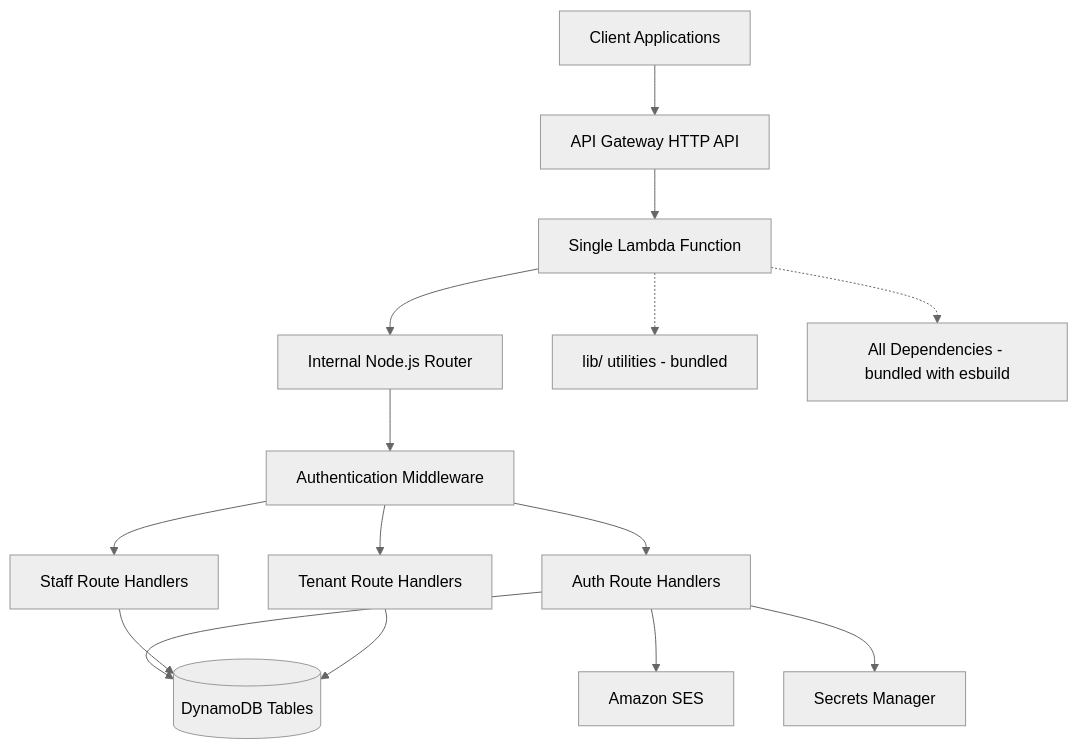
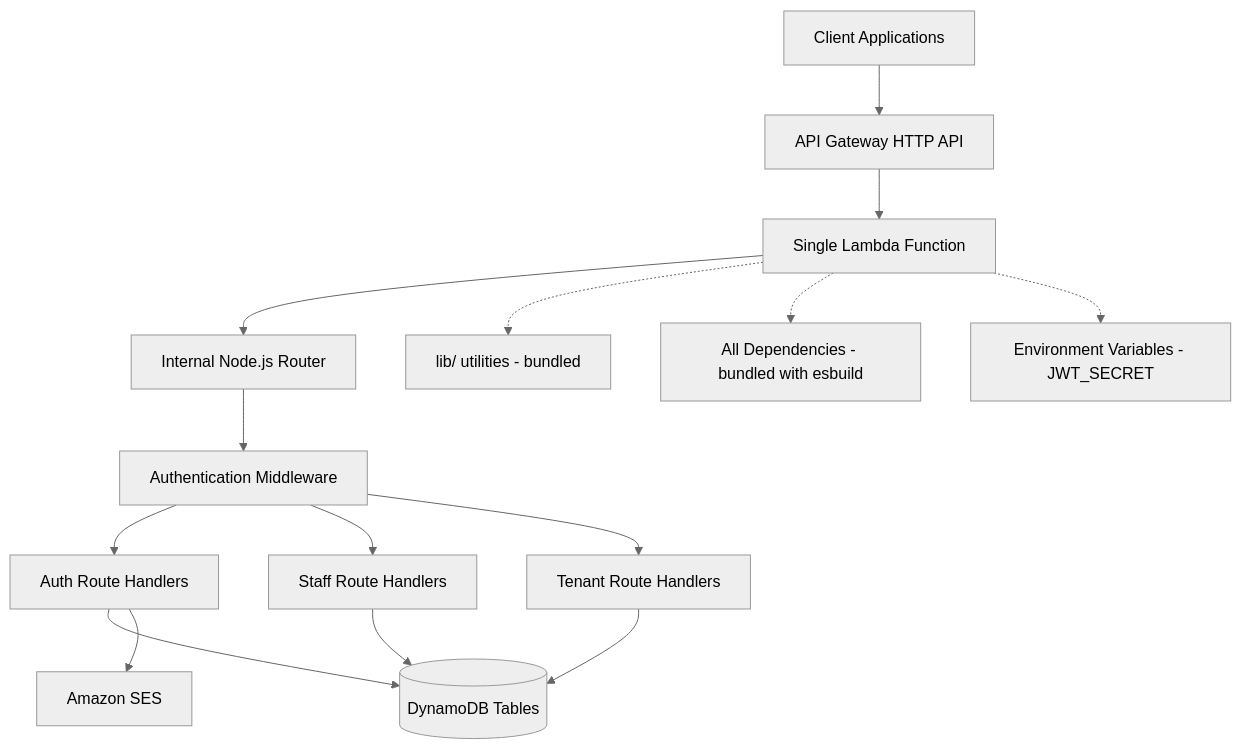
The diagram in .kiro/specs/aws-lambda-control-plane/design.md (iversion-git/onboard), drawn with Mermaid (neutral theme) before and after one commit. The commit also changed other lines of this file and 9 other files, not shown here.

````diff
--- a/.kiro/specs/aws-lambda-control-plane/design.md
+++ b/.kiro/specs/aws-lambda-control-plane/design.md
@@ -13,21 +13,21 @@
 ```mermaid
 graph TB
     Client[Client Applications] --> APIGW[API Gateway HTTP API]
     APIGW --> SingleLambda[Single Lambda Function]
     
     SingleLambda --> Router[Internal Node.js Router]
     Router --> AuthMiddleware[Authentication Middleware]
     AuthMiddleware --> AuthHandlers[Auth Route Handlers]
     AuthMiddleware --> StaffHandlers[Staff Route Handlers]
     AuthMiddleware --> TenantHandlers[Tenant Route Handlers]
     
     AuthHandlers --> DDB[(DynamoDB Tables)]
     StaffHandlers --> DDB
     TenantHandlers --> DDB
     
     AuthHandlers --> SES[Amazon SES]
-    AuthHandlers --> SM[Secrets Manager]
     
     SingleLambda -.-> LibUtils[lib/ utilities - bundled]
     SingleLambda -.-> BundledDeps[All Dependencies - bundled with esbuild]
+    SingleLambda -.-> EnvVars[Environment Variables - JWT_SECRET]
 ```
````
